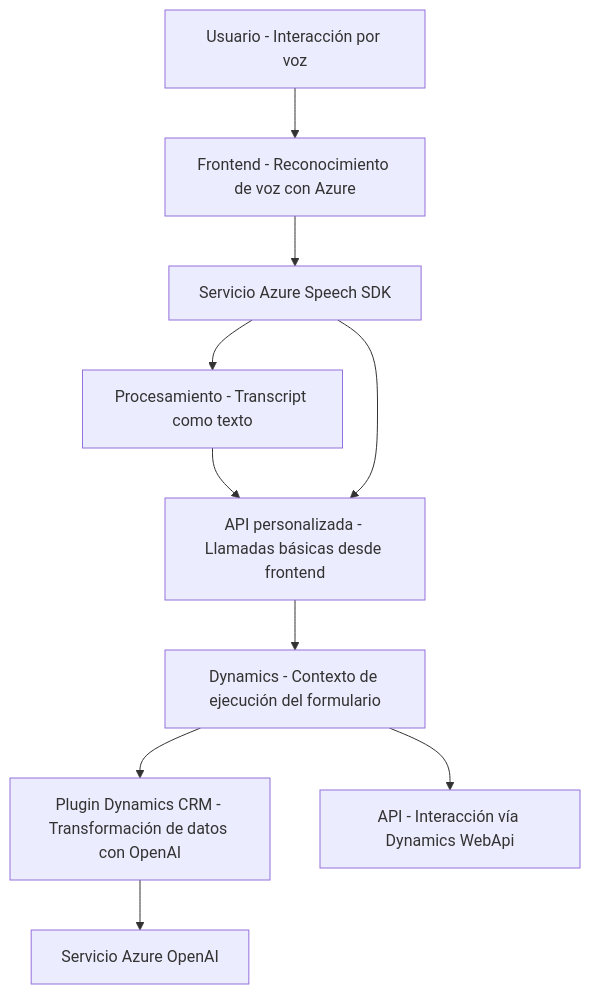
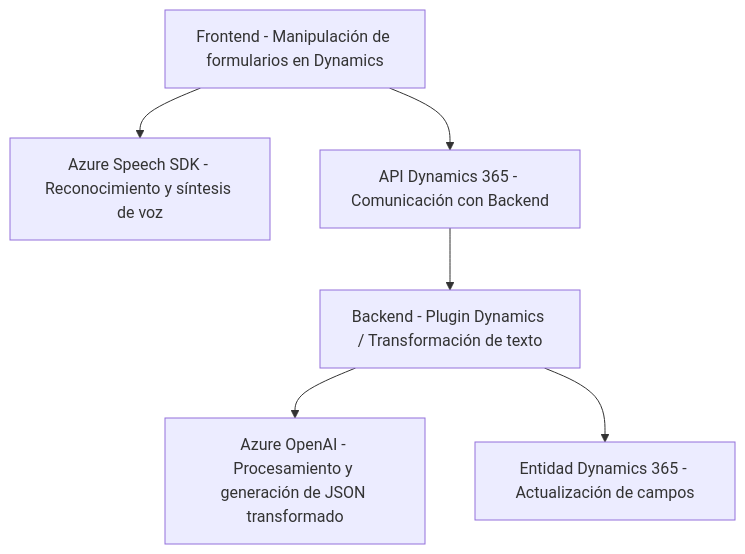
The diagram in README.md (blopezdm/NETCORE_BILBAO2025), drawn with Mermaid before and after one commit. The commit also changed other lines of this file, not shown here.

Commit message:
Actualizar análisis global de la solución con IA

````diff
--- a/README.md
+++ b/README.md
@@ -34,22 +56,8 @@
 ```mermaid
 graph TD
-  A["Usuario - Interacción por voz"]
-  B["Frontend - Reconocimiento de voz con Azure"]
-  C["Procesamiento - Transcript como texto"]
-  D["API personalizada - Llamadas básicas desde frontend"]
-  E["Dynamics - Contexto de ejecución del formulario"]
-  F["Plugin Dynamics CRM - Transformación de datos con OpenAI"]
-  G["Servicio Azure Speech SDK"]
-  H["Servicio Azure OpenAI"]
-  I["API - Interacción vía Dynamics WebApi"]
-
-  A --> B
-  B --> G
-  G --> C
-  C --> D
-  D --> E
-  E --> F
-  F --> H
-  E --> I
-  G --> D
+    A["Frontend - Manipulación de formularios en Dynamics"] --> B["Azure Speech SDK - Reconocimiento y síntesis de voz"]
+    A["Frontend - Manipulación de formularios en Dynamics"] --> C["API Dynamics 365 - Comunicación con Backend"]
+    C --> D["Backend - Plugin Dynamics / Transformación de texto"]
+    D --> E["Azure OpenAI - Procesamiento y generación de JSON transformado"]
+    D --> F["Entidad Dynamics 365 - Actualización de campos"]
 ```
````
